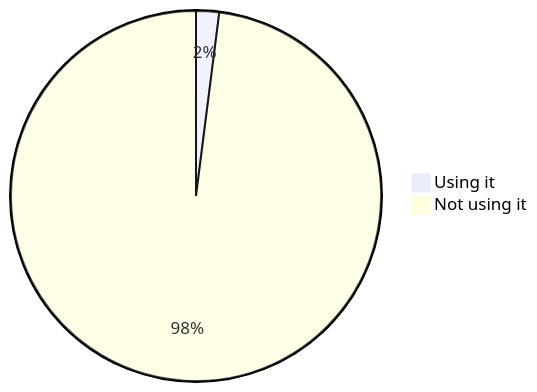
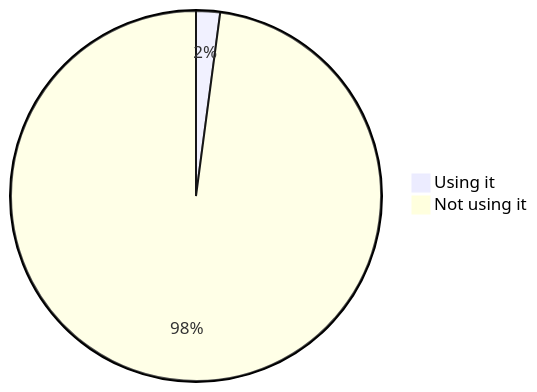
One commit to oshp/oshp-stats changed diagram 17 of 22 in stats.md. Above: the diagram before and after it, drawn with Mermaid. The commit also changed other lines of this file, not shown here.

````diff
--- a/stats.md
+++ b/stats.md
@@ -202,6 +202,6 @@
 ```mermaid
 pie
-	"Using it" : 2.01
-	"Not using it" : 97.99
+	"Using it" : 2.09
+	"Not using it" : 97.91
 
 ```
````
